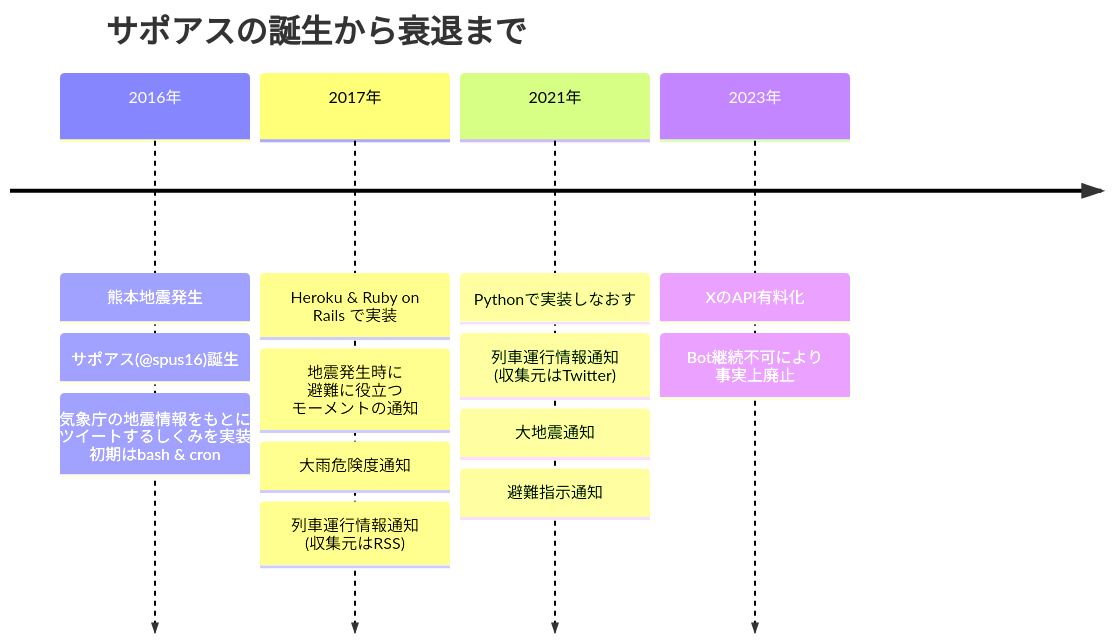
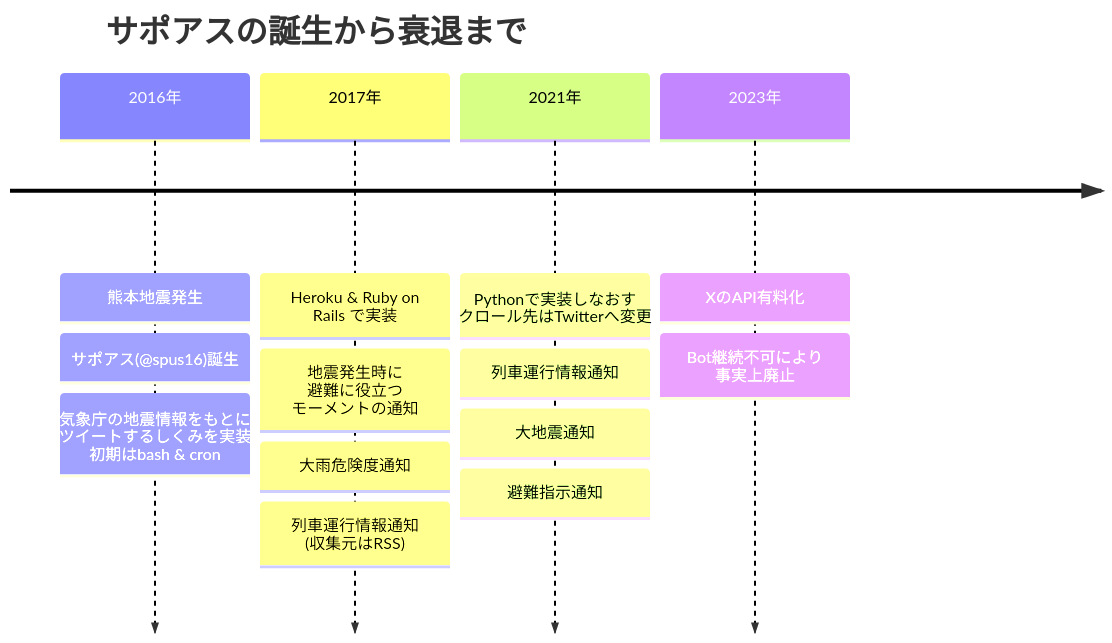
Before and after one commit to gosaaan1/application-hakaba: the diagram in spus16_bot/STORIES.md, drawn with Mermaid.

Commit message:
Update STORIES.md
微調整

````diff
--- a/spus16_bot/STORIES.md
+++ b/spus16_bot/STORIES.md
@@ -10,8 +10,8 @@
 ```mermaid
 timeline
     title サポアスの誕生から衰退まで
     2016年 : 熊本地震発生 : サポアス(@spus16)誕生 : 気象庁の地震情報をもとに ツイートするしくみを実装 初期はbash & cron
     2017年 : Heroku & Ruby on Rails で実装 : 地震発生時に 避難に役立つ モーメントの通知 : 大雨危険度通知 : 列車運行情報通知 (収集元はRSS)
-    2021年 : Pythonで実装しなおす: 列車運行情報通知 (収集元はTwitter) : 大地震通知 : 避難指示通知 
+    2021年 : Pythonで実装しなおす クロール先はTwitterへ変更 : 列車運行情報通知 : 大地震通知 : 避難指示通知 
     2023年 : XのAPI有料化 : Bot継続不可により 事実上廃止
 ```
````
